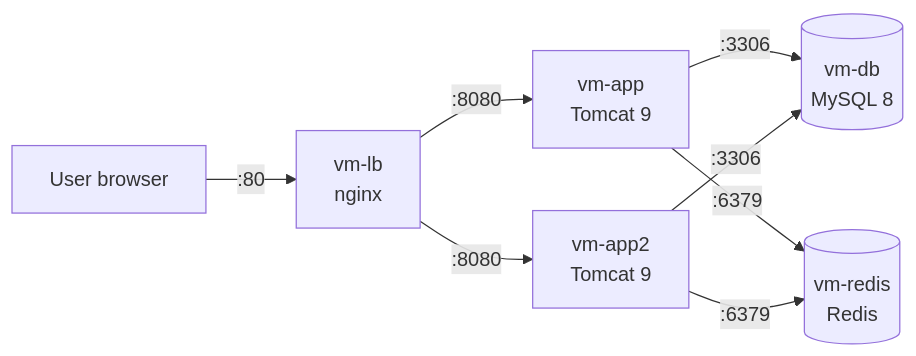
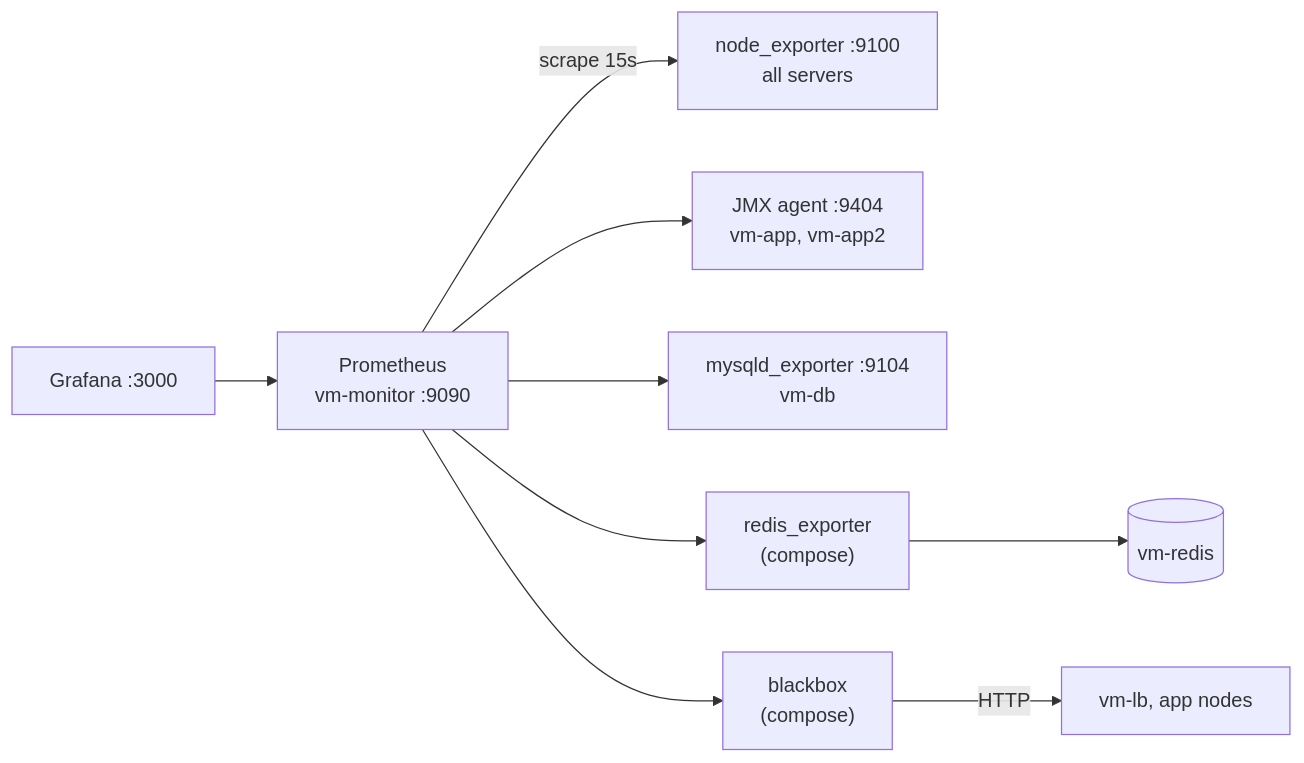
Before and after one commit to nazariybu/travelagency: the diagram in REPORT.md, drawn with Mermaid. The commit also changed other lines of this file and 3 other files, not shown here.

````diff
--- a/REPORT.md
+++ b/REPORT.md
@@ -45,10 +31,9 @@
 ```mermaid
 flowchart LR
-    U["User browser"] -->|":80"| LB["vm-lb<br/>nginx"]
-    LB -->|":8080"| A1["vm-app<br/>Tomcat 9"]
-    LB -->|":8080"| A2["vm-app2<br/>Tomcat 9"]
-    A1 -->|":3306"| DB[("vm-db<br/>MySQL 8")]
-    A2 -->|":3306"| DB
-    A1 -->|":6379"| R[("vm-redis<br/>Redis")]
-    A2 -->|":6379"| R
+    P["Prometheus<br/>vm-monitor :9090"] -->|scrape 15s| N["node_exporter :9100<br/>all servers"]
+    P --> J["JMX agent :9404<br/>vm-app, vm-app2"]
+    P --> MY["mysqld_exporter :9104<br/>vm-db"]
+    P --> RE["redis_exporter<br/>(compose)"] --> R[("vm-redis")]
+    P --> BB["blackbox<br/>(compose)"] -->|HTTP| LB["vm-lb, app nodes"]
+    G["Grafana :3000"] --> P
 ```
````
